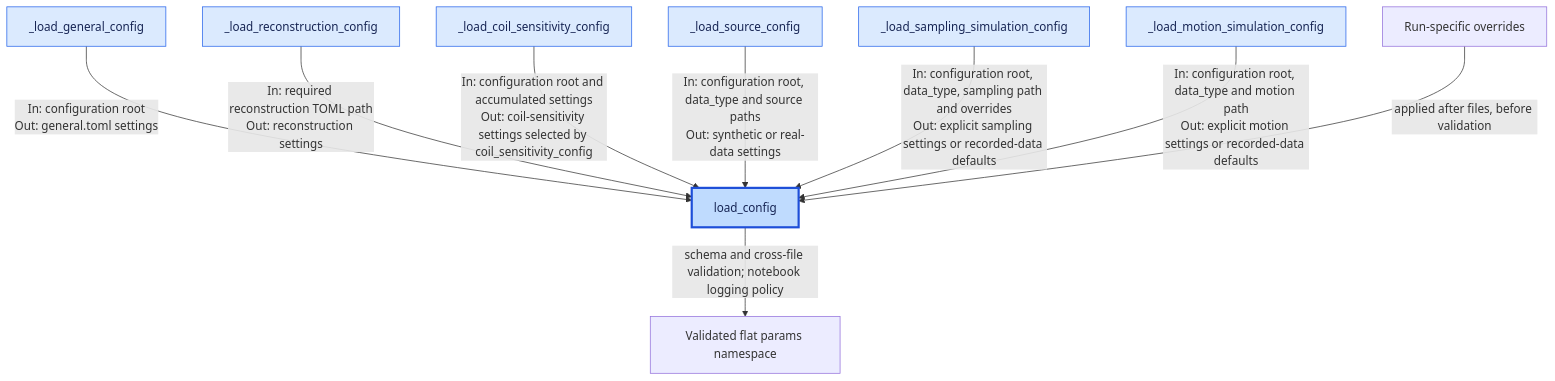
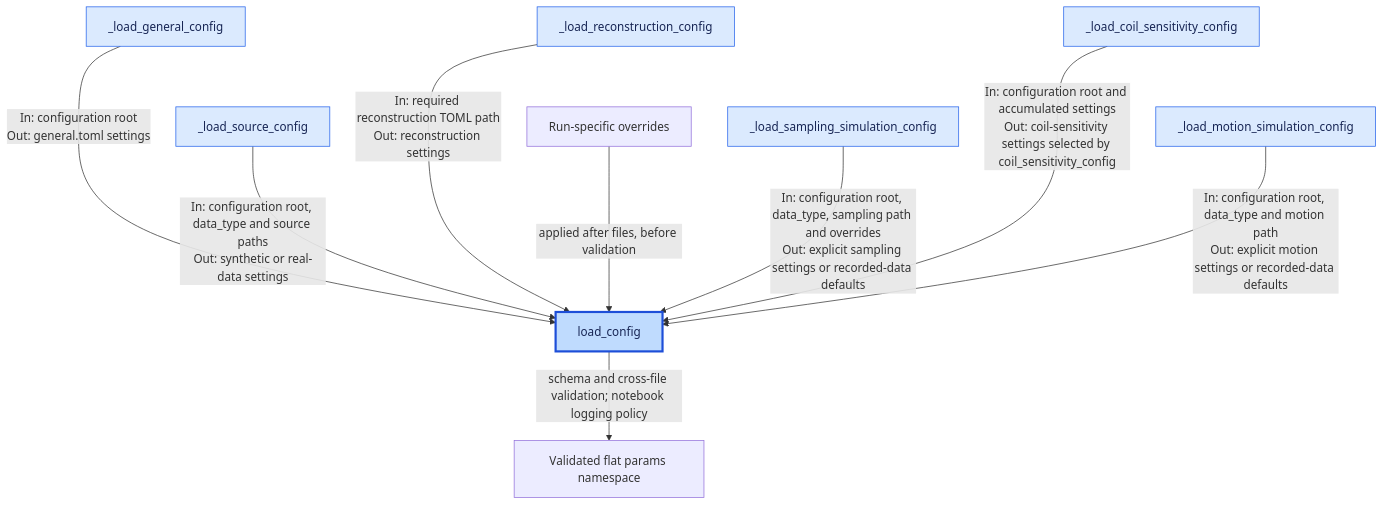
The diagram in docs/architecture/configuration.md (IADI-Nancy/GRICS-torch), drawn with Mermaid before and after one commit. The commit also changed other lines of this file and 15 other files, not shown here.

````diff
--- a/docs/architecture/configuration.md
+++ b/docs/architecture/configuration.md
@@ -8,16 +8,21 @@
 ```mermaid
 flowchart TD
     General[_load_general_config] -->|"In: configuration root<br/>Out: general.toml settings"| Load[load_config]
     Reconstruction[_load_reconstruction_config] -->|"In: required reconstruction TOML path<br/>Out: reconstruction settings"| Load
     Coil[_load_coil_sensitivity_config] -->|"In: configuration root and accumulated settings<br/>Out: coil-sensitivity settings selected by coil_sensitivity_config"| Load
     Source[_load_source_config] -->|"In: configuration root, data_type and source paths<br/>Out: synthetic or real-data settings"| Load
     Sampling[_load_sampling_simulation_config] -->|"In: configuration root, data_type, sampling path and overrides<br/>Out: explicit sampling settings or recorded-data defaults"| Load
     Motion[_load_motion_simulation_config] -->|"In: configuration root, data_type and motion path<br/>Out: explicit motion settings or recorded-data defaults"| Load
     Overrides[Run-specific overrides] -->|applied after files, before validation| Load
     Load -->|schema and cross-file validation; notebook logging policy| Params[Validated flat params namespace]
 
+    %% Layout-only links split the configuration sources across two rows.
+    General ~~~ Source
+    Reconstruction ~~~ Sampling
+    Coil ~~~ Motion
+
     classDef pythonClass fill:#dbeafe,stroke:#2563eb,color:#172554
     classDef coordinator fill:#bfdbfe,stroke:#1d4ed8,stroke-width:3px,color:#172554
     class General,Reconstruction,Coil,Source,Sampling,Motion pythonClass
     class Load coordinator
 ```
````
